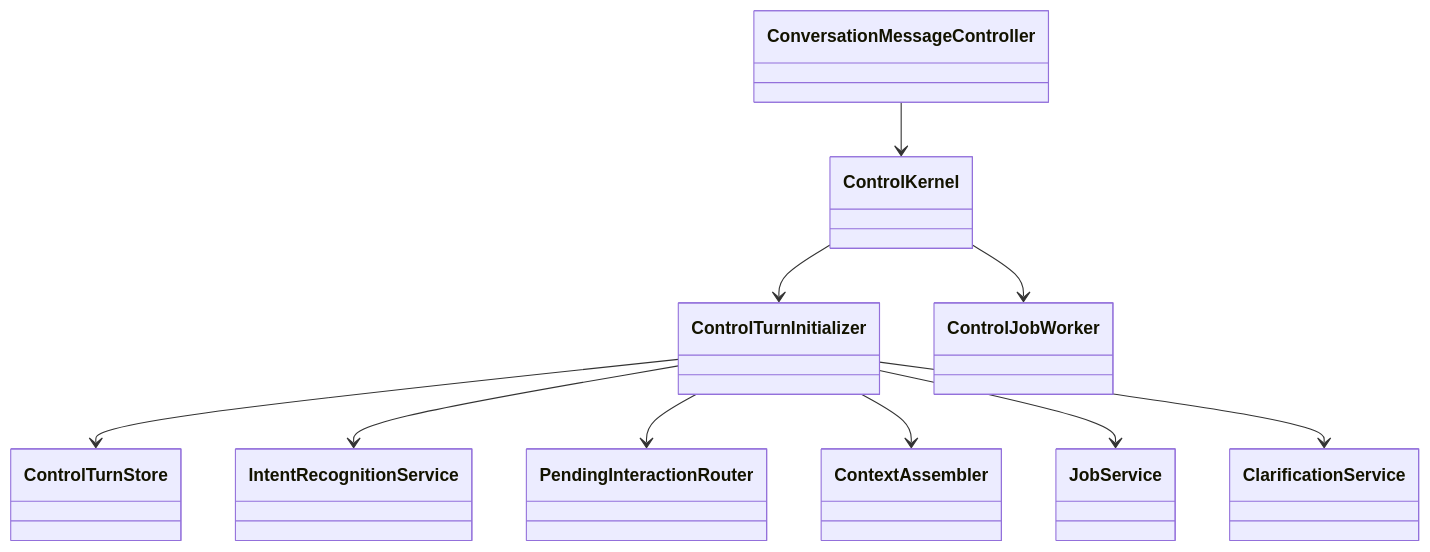
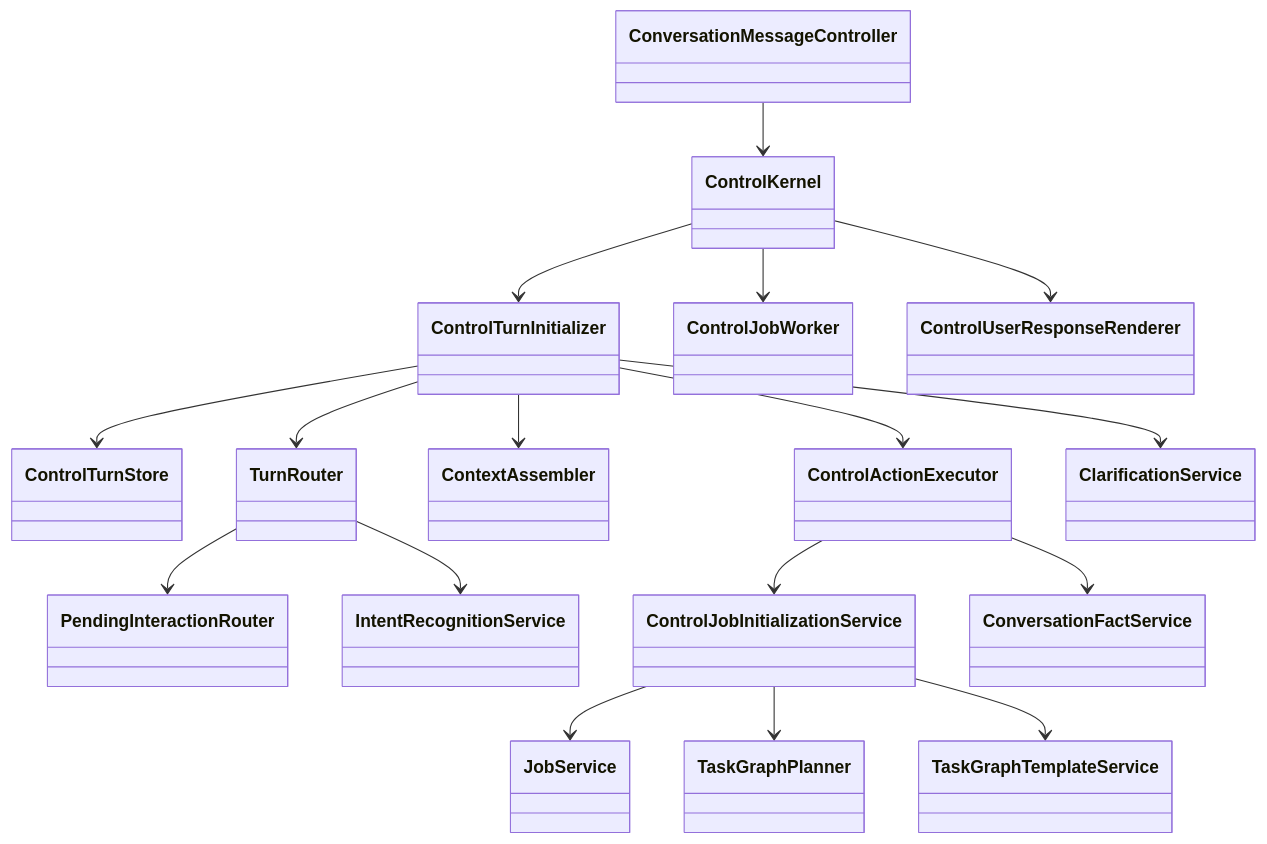
The diagram in backend/src/main/java/com/funjson/metaagent/control/README.md (funjson/meta-agent), drawn with Mermaid before and after one commit. The commit also changed other lines of this file and 120 other files, not shown here.

````diff
--- a/backend/src/main/java/com/funjson/metaagent/control/README.md
+++ b/backend/src/main/java/com/funjson/metaagent/control/README.md
@@ -11,12 +11,19 @@
 ```mermaid
 classDiagram
   ConversationMessageController --> ControlKernel
   ControlKernel --> ControlTurnInitializer
   ControlKernel --> ControlJobWorker
+  ControlKernel --> ControlUserResponseRenderer
   ControlTurnInitializer --> ControlTurnStore
-  ControlTurnInitializer --> IntentRecognitionService
-  ControlTurnInitializer --> PendingInteractionRouter
+  ControlTurnInitializer --> TurnRouter
+  TurnRouter --> PendingInteractionRouter
+  TurnRouter --> IntentRecognitionService
   ControlTurnInitializer --> ContextAssembler
-  ControlTurnInitializer --> JobService
+  ControlTurnInitializer --> ControlActionExecutor
+  ControlActionExecutor --> ControlJobInitializationService
+  ControlActionExecutor --> ConversationFactService
   ControlTurnInitializer --> ClarificationService
+  ControlJobInitializationService --> JobService
+  ControlJobInitializationService --> TaskGraphPlanner
+  ControlJobInitializationService --> TaskGraphTemplateService
 ```
````
